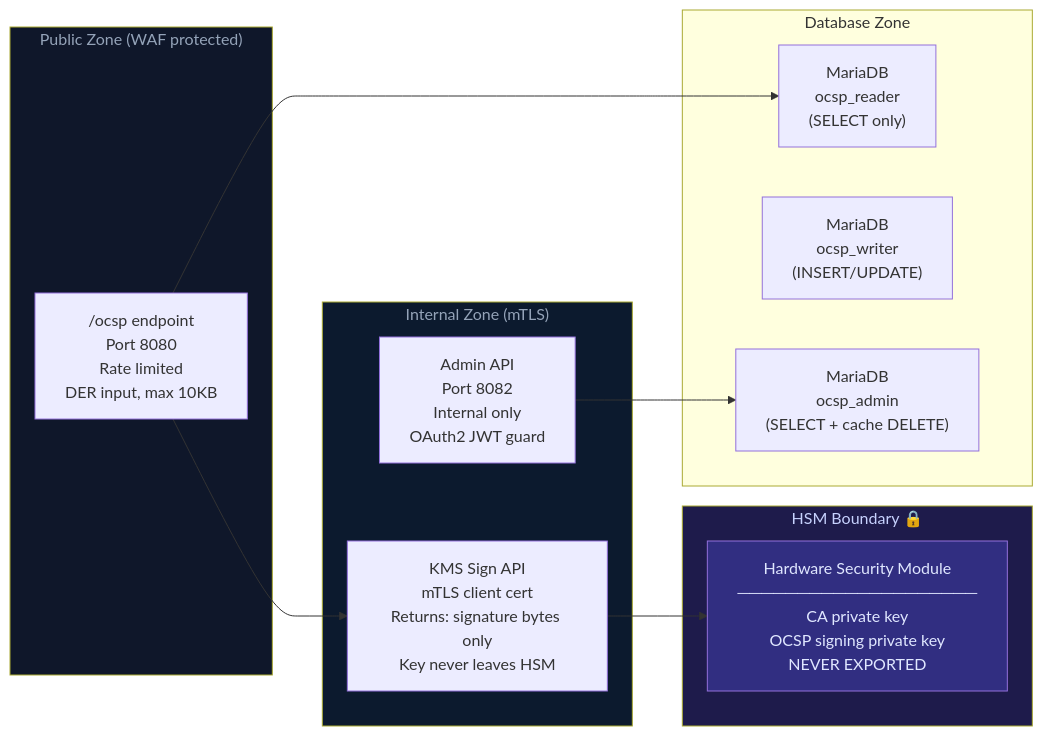
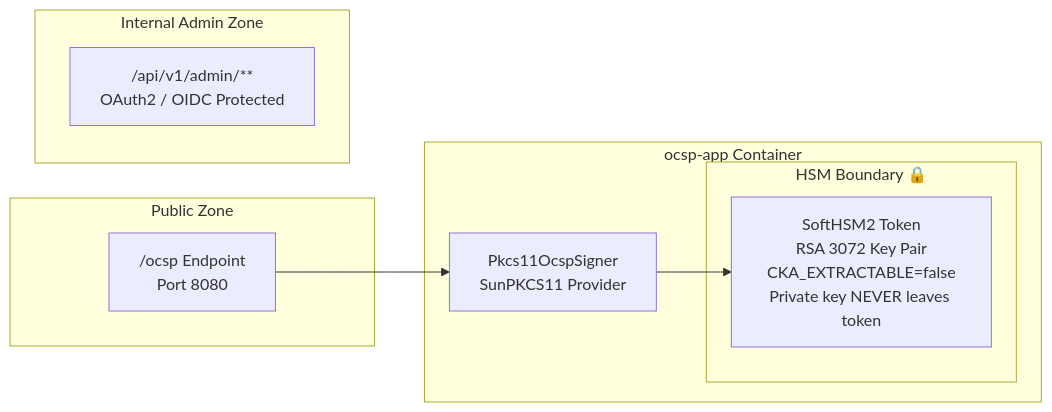
Before and after one commit to Majdzapa/OCSP: the fourth of 4 diagrams in ARCHITECTURE.md, drawn with Mermaid. The commit also changed other lines of this file and 189 other files, not shown here.

Commit message:
feat: re-architect Incert OCSP with KMS simulator, Kafka KRaft, SoftHSM2 PKCS#11, and Spring Modulith

````diff
--- a/ARCHITECTURE.md
+++ b/ARCHITECTURE.md
@@ -576,31 +249,20 @@
 ```mermaid
 graph LR
-    subgraph PUBLIC["Public Zone (WAF protected)"]
-        EP["/ocsp endpoint<br/>Port 8080<br/>Rate limited<br/>DER input, max 10KB"]
+    subgraph PUBLIC["Public Zone"]
+        EP["/ocsp Endpoint<br/>Port 8080"]
     end
 
-    subgraph INTERNAL["Internal Zone (mTLS)"]
-        SIGN["KMS Sign API<br/>mTLS client cert<br/>Returns: signature bytes only<br/>Key never leaves HSM"]
-        ADMIN_INT["Admin API<br/>Port 8082<br/>Internal only<br/>OAuth2 JWT guard"]
+    subgraph APP["ocsp-app Container"]
+        subgraph HSM["HSM Boundary 🔒"]
+            KEY["SoftHSM2 Token<br/>RSA 3072 Key Pair<br/>CKA_EXTRACTABLE=false<br/>Private key NEVER leaves token"]
+        end
+        SIGN["Pkcs11OcspSigner<br/>SunPKCS11 Provider"]
+        SIGN --> KEY
     end
 
-    subgraph HSM_ZONE["HSM Boundary 🔒"]
-        HSM["Hardware Security Module<br/>────────────────────<br/>CA private key<br/>OCSP signing private key<br/>NEVER EXPORTED"]
+    subgraph ADMIN_ZONE["Internal Admin Zone"]
+        ADMIN_API["/api/v1/admin/**<br/>OAuth2 / OIDC Protected"]
     end
 
-    subgraph DB_ZONE["Database Zone"]
-        DB_RO["MariaDB<br/>ocsp_reader<br/>(SELECT only)"]
-        DB_RW["MariaDB<br/>ocsp_writer<br/>(INSERT/UPDATE)"]
-        DB_ADM["MariaDB<br/>ocsp_admin<br/>(SELECT + cache DELETE)"]
-    end
-
-    EP --> DB_RO
     EP --> SIGN
-    SIGN --> HSM
-    ADMIN_INT --> DB_ADM
-
-    style HSM_ZONE fill:#1e1b4b,color:#c7d2fe
-    style HSM fill:#312e81,color:#e0e7ff
-    style PUBLIC fill:#0f172a,color:#94a3b8
-    style INTERNAL fill:#0c1a2e,color:#94a3b8
 ```
````
